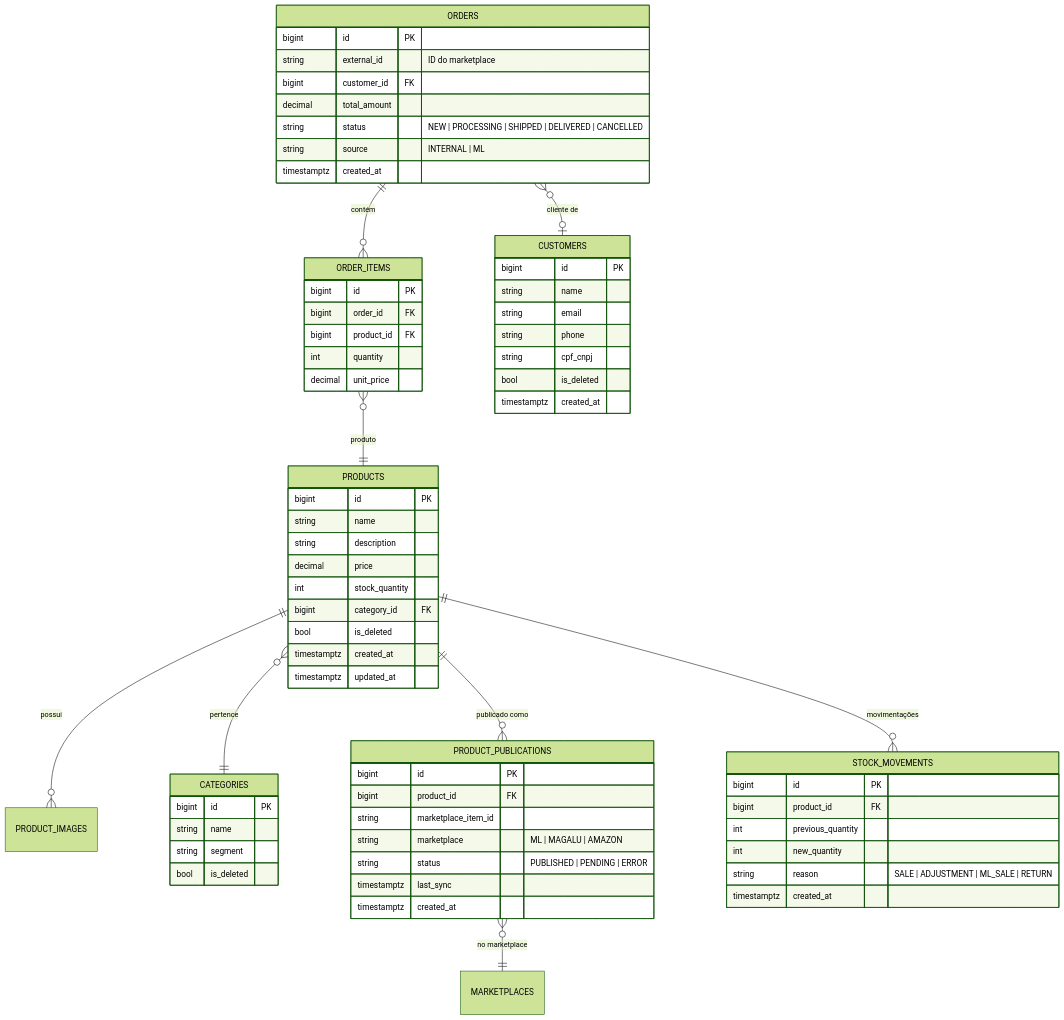
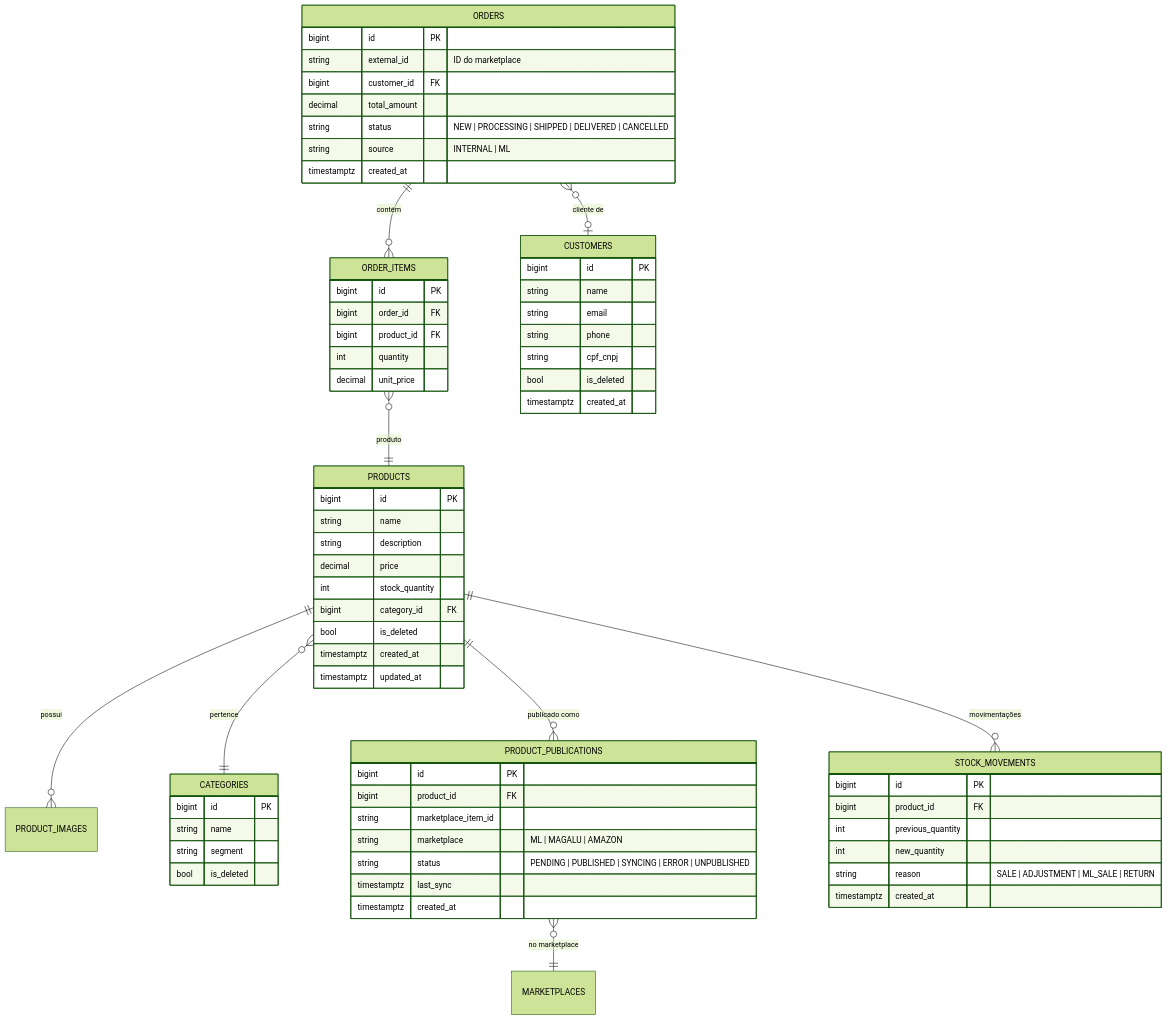
One commit to jhowzin-dev/ERP changed the seventh of 22 diagrams in README.md. Above: the diagram before and after it, drawn with Mermaid (forest theme). The commit also changed other lines of this file and 1 other file, not shown here.

````diff
--- a/README.md
+++ b/README.md
@@ -494,77 +573,77 @@
 ```mermaid
 erDiagram
   PRODUCTS ||--o{ PRODUCT_IMAGES : "possui"
   PRODUCTS }o--|| CATEGORIES : "pertence"
   PRODUCTS ||--o{ PRODUCT_PUBLICATIONS : "publicado como"
   PRODUCTS ||--o{ STOCK_MOVEMENTS : "movimentações"
   PRODUCT_PUBLICATIONS }o--|| MARKETPLACES : "no marketplace"
   ORDERS ||--o{ ORDER_ITEMS : "contém"
   ORDER_ITEMS }o--|| PRODUCTS : "produto"
   ORDERS }o--o| CUSTOMERS : "cliente de"
 
   PRODUCTS {
     bigint id PK
     string name
     string description
     decimal price
     int stock_quantity
     bigint category_id FK
     bool is_deleted
     timestamptz created_at
     timestamptz updated_at
   }
 
   CATEGORIES {
     bigint id PK
     string name
     string segment
     bool is_deleted
   }
 
   PRODUCT_PUBLICATIONS {
     bigint id PK
     bigint product_id FK
     string marketplace_item_id
     string marketplace "ML | MAGALU | AMAZON"
-    string status "PUBLISHED | PENDING | ERROR"
+    string status "PENDING | PUBLISHED | SYNCING | ERROR | UNPUBLISHED"
     timestamptz last_sync
     timestamptz created_at
   }
 
   STOCK_MOVEMENTS {
     bigint id PK
     bigint product_id FK
     int previous_quantity
     int new_quantity
     string reason "SALE | ADJUSTMENT | ML_SALE | RETURN"
     timestamptz created_at
   }
 
   ORDERS {
     bigint id PK
     string external_id "ID do marketplace"
     bigint customer_id FK
     decimal total_amount
     string status "NEW | PROCESSING | SHIPPED | DELIVERED | CANCELLED"
     string source "INTERNAL | ML"
     timestamptz created_at
   }
 
   ORDER_ITEMS {
     bigint id PK
     bigint order_id FK
     bigint product_id FK
     int quantity
     decimal unit_price
   }
 
   CUSTOMERS {
     bigint id PK
     string name
     string email
     string phone
     string cpf_cnpj
     bool is_deleted
     timestamptz created_at
   }
 ```
````
